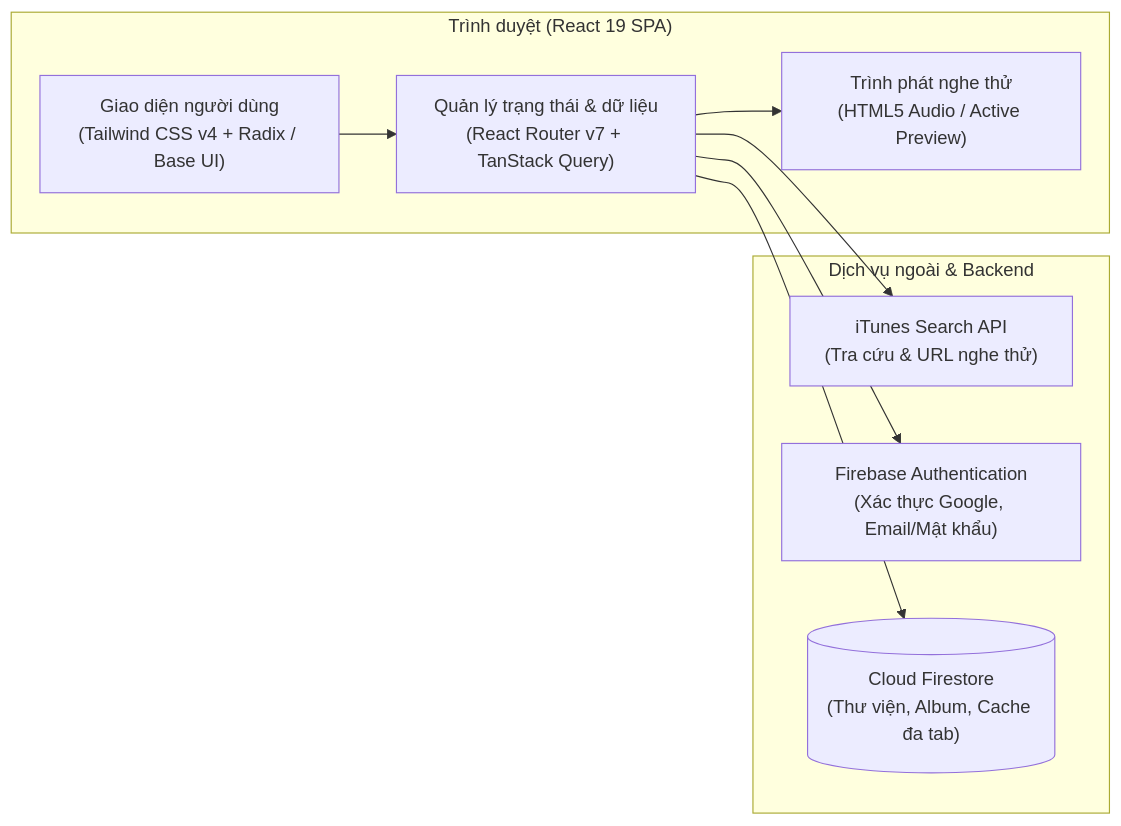
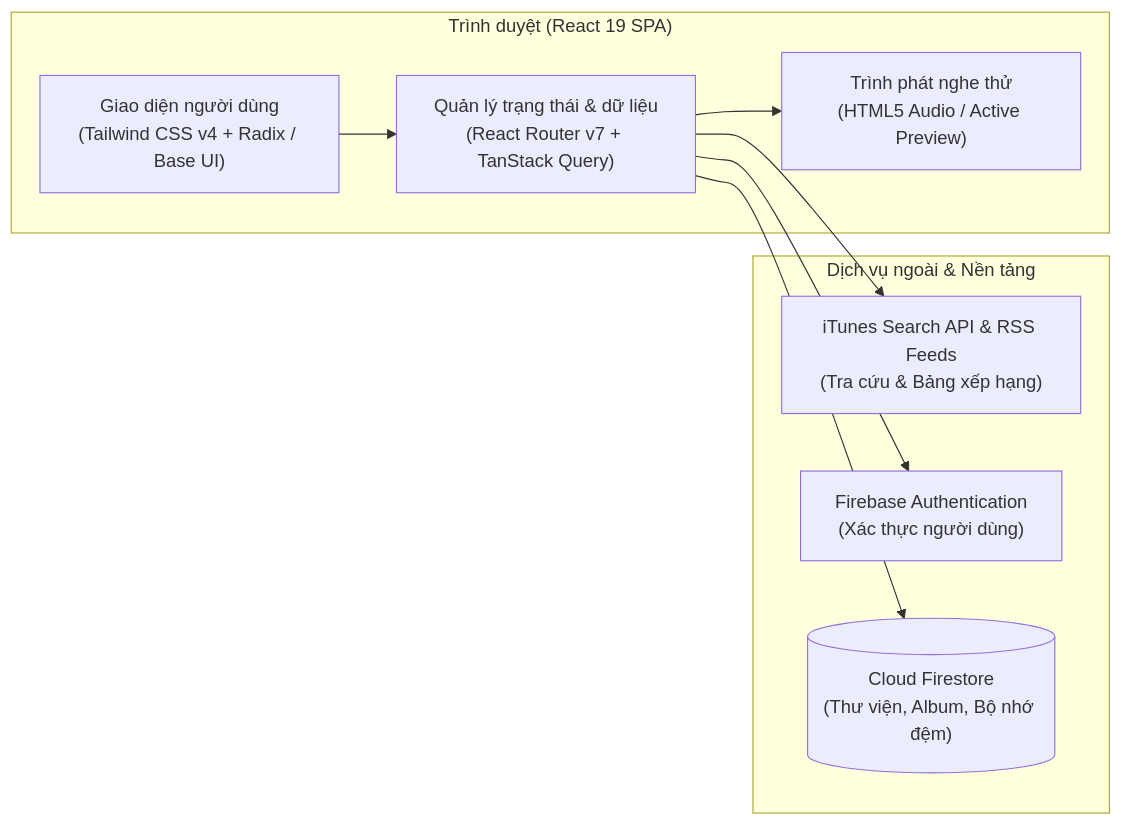
The diagram in README.md (dexter826/musimob), drawn with Mermaid before and after one commit. The commit also changed other lines of this file, not shown here.

````diff
--- a/README.md
+++ b/README.md
@@ -47,20 +48,20 @@
 ```mermaid
 flowchart LR
     subgraph Client["Trình duyệt (React 19 SPA)"]
         UI["Giao diện người dùng\n(Tailwind CSS v4 + Radix / Base UI)"]
         State["Quản lý trạng thái & dữ liệu\n(React Router v7 + TanStack Query)"]
         Player["Trình phát nghe thử\n(HTML5 Audio / Active Preview)"]
     end
 
-    subgraph External["Dịch vụ ngoài & Backend"]
-        iTunes["iTunes Search API\n(Tra cứu & URL nghe thử)"]
-        Auth["Firebase Authentication\n(Xác thực Google, Email/Mật khẩu)"]
-        Firestore[("Cloud Firestore\n(Thư viện, Album, Cache đa tab)")]
+    subgraph External["Dịch vụ ngoài & Nền tảng"]
+        iTunes["iTunes Search API & RSS Feeds\n(Tra cứu & Bảng xếp hạng)"]
+        Auth["Firebase Authentication\n(Xác thực người dùng)"]
+        Firestore[("Cloud Firestore\n(Thư viện, Album, Bộ nhớ đệm)")]
     end
 
     UI --> State
     State --> iTunes
     State --> Auth
     State --> Firestore
     State --> Player
 ```
````
